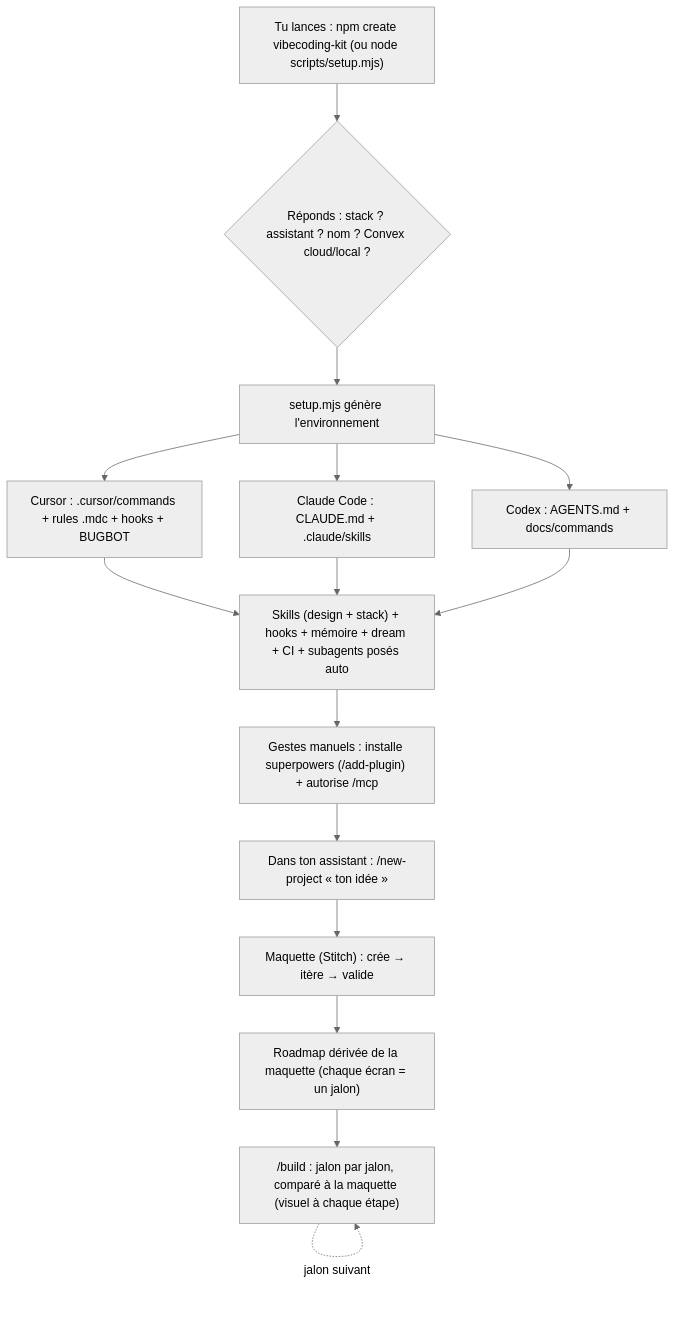
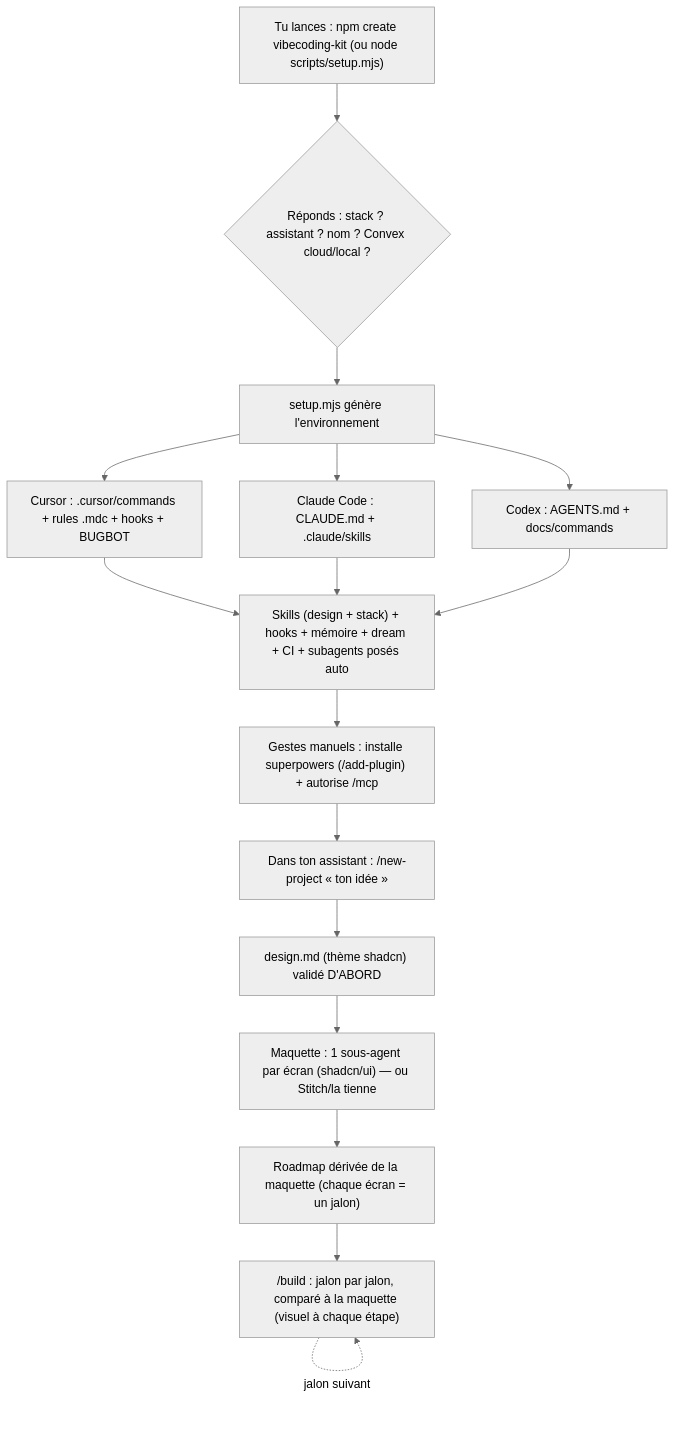
Before and after one commit to ohvignas/vibecoding-starter-kit: the diagram in README.md, drawn with Mermaid (neutral theme). The commit also changed other lines of this file, not shown here.

First line of the commit message:
docs(readme): design-first + test complet (Playwright/Maestro/test-runner) + règles permanentes

````diff
--- a/README.md
+++ b/README.md
@@ -174,17 +176,18 @@
 ```mermaid
 flowchart TD
     A["Tu lances : npm create vibecoding-kit (ou node scripts/setup.mjs)"] --> C{"Réponds : stack ? assistant ? nom ? Convex cloud/local ?"}
     C --> D["setup.mjs génère l'environnement"]
     D --> E1["Cursor : .cursor/commands + rules .mdc + hooks + BUGBOT"]
     D --> E2["Claude Code : CLAUDE.md + .claude/skills"]
     D --> E3["Codex : AGENTS.md + docs/commands"]
     E1 --> F["Skills (design + stack) + hooks + mémoire + dream + CI + subagents posés auto"]
     E2 --> F
     E3 --> F
     F --> G0["Gestes manuels : installe superpowers (/add-plugin) + autorise /mcp"]
     G0 --> G["Dans ton assistant : /new-project « ton idée »"]
-    G --> M["Maquette (Stitch) : crée → itère → valide"]
+    G --> DZ["design.md (thème shadcn) validé D'ABORD"]
+    DZ --> M["Maquette : 1 sous-agent par écran (shadcn/ui) — ou Stitch/la tienne"]
     M --> R["Roadmap dérivée de la maquette (chaque écran = un jalon)"]
     R --> H["/build : jalon par jalon, comparé à la maquette (visuel à chaque étape)"]
     H -.->|jalon suivant| H
 ```
````
